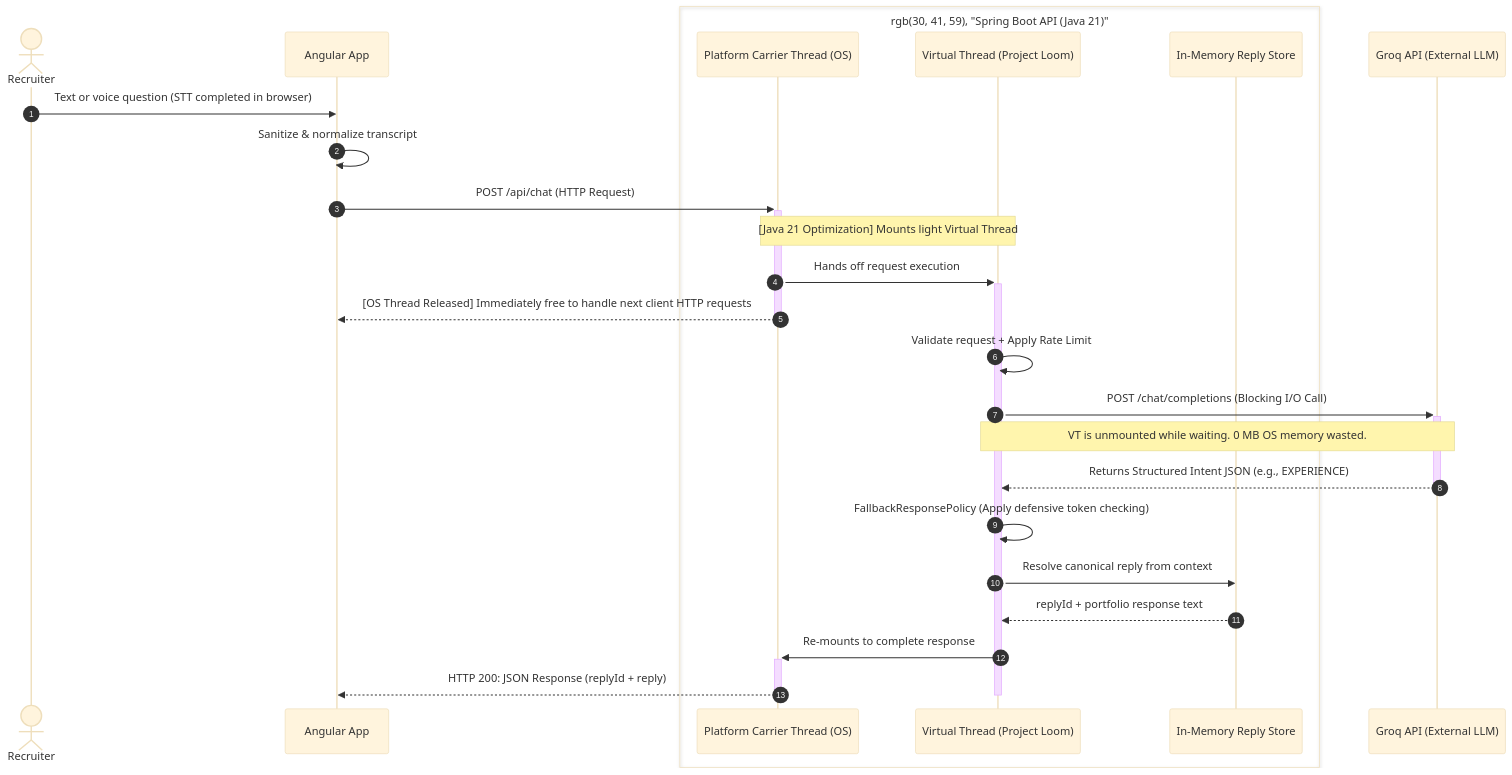
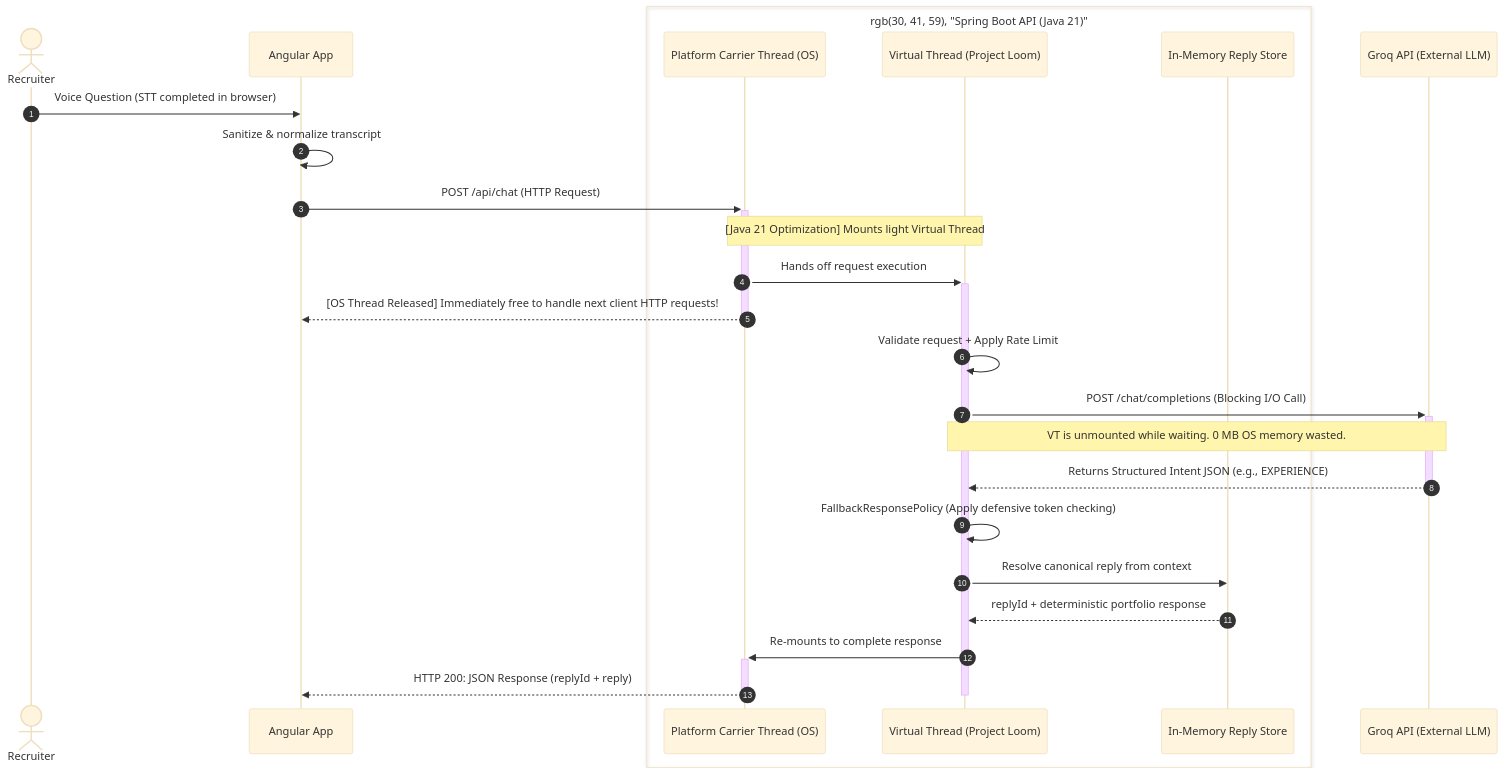
One commit to OrenVilderman/avatar-relay-showcase changed the second of 2 diagrams in README.md. Above: the diagram before and after it, drawn with Mermaid (base theme).

Commit message:
Clarify request handling in sequence diagram
Updated README to clarify request handling and response details.

````diff
--- a/README.md
+++ b/README.md
@@ -82,34 +82,35 @@
 ```mermaid
 sequenceDiagram
     autonumber
     actor Recruiter
     participant App as Angular App
     box rgb(30, 41, 59), "Spring Boot API (Java 21)"
         participant PT as Platform Carrier Thread (OS)
         participant VT as Virtual Thread (Project Loom)
         participant Store as In-Memory Reply Store
     end
     participant Groq as Groq API (External LLM)
 
-    Recruiter->>App: Text or voice question (STT completed in browser)
+    Recruiter->>App: Voice Question (STT completed in browser)
     App->>App: Sanitize & normalize transcript
     App->>+PT: POST /api/chat (HTTP Request)
     
     Note over PT, VT: [Java 21 Optimization] Mounts light Virtual Thread
     PT->>+VT: Hands off request execution
-    PT-->>-App: [OS Thread Released] Immediately free to handle next client HTTP requests
-    
+    PT-->>-App: [OS Thread Released] Immediately free to handle next client HTTP requests!
+
     VT->>VT: Validate request + Apply Rate Limit
     VT->>+Groq: POST /chat/completions (Blocking I/O Call)
     
     Note over VT, Groq: VT is unmounted while waiting. 0 MB OS memory wasted.
     Groq-->>-VT: Returns Structured Intent JSON (e.g., EXPERIENCE)
     
     VT->>VT: FallbackResponsePolicy (Apply defensive token checking)
     VT->>Store: Resolve canonical reply from context
-    Store-->>VT: replyId + portfolio response text
+    Store-->>VT: replyId + deterministic portfolio response
     
     VT->>+PT: Re-mounts to complete response
     PT-->>-App: HTTP 200: JSON Response (replyId + reply)
     deactivate VT
+
 ```
````
